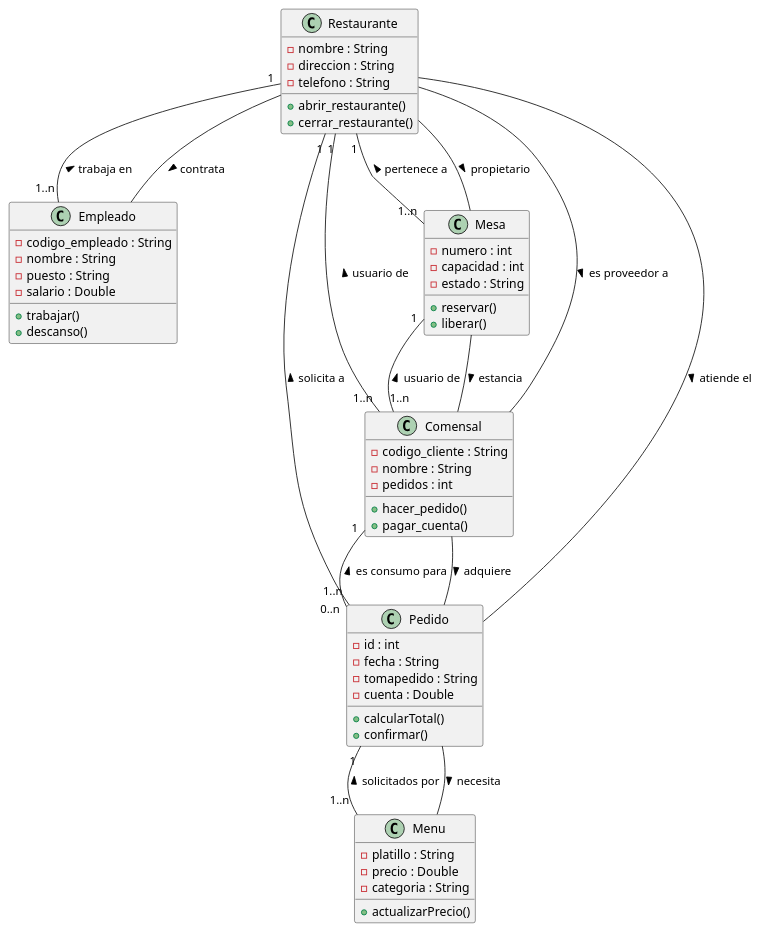
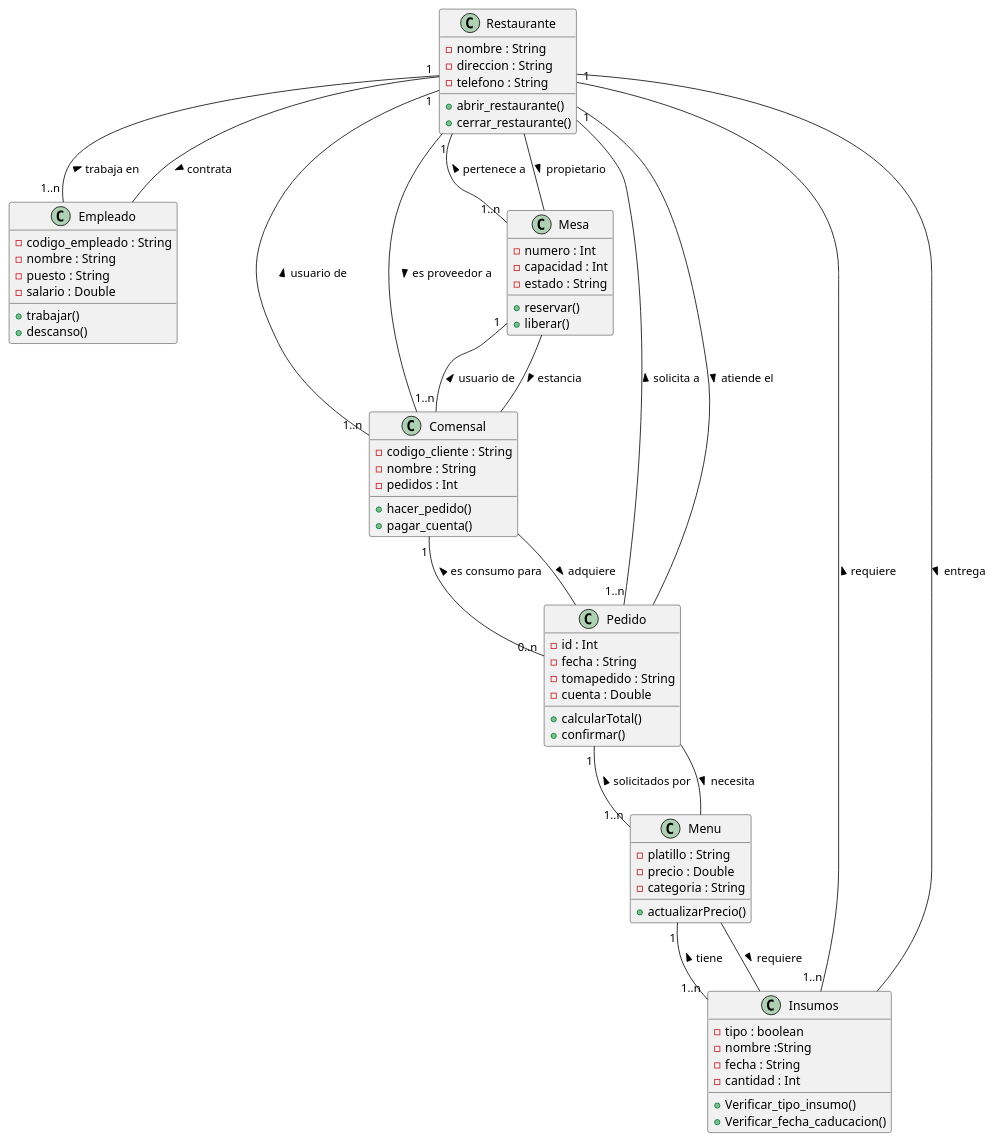
Before and after one commit to Pachakochter/Actividad-3-y-4: the diagram in src/sistema/restaurante/Restaurant.puml, drawn with PlantUML.

```diff
--- a/src/sistema/restaurante/Restaurant.puml
+++ b/src/sistema/restaurante/Restaurant.puml
@@ -1,73 +1,88 @@
 @startuml
 class Restaurante{
     - nombre : String
     - direccion : String
     - telefono : String
 
     + abrir_restaurante()
     + cerrar_restaurante()
     
 }
 class Empleado{
     - codigo_empleado : String
     - nombre : String
     - puesto : String
     - salario : Double
 
     + trabajar()
     + descanso()
 }
 class Comensal{
     - codigo_cliente : String
     - nombre : String
-    - pedidos : int
+    - pedidos : Int
 
     + hacer_pedido()
     + pagar_cuenta()
 }
 class  Pedido{
-    - id : int
+    - id : Int
     - fecha : String
     - tomapedido : String
     - cuenta : Double
 
     + calcularTotal()
     + confirmar()
 }
 class Menu{
     - platillo : String
     - precio : Double
     - categoria : String
 
     + actualizarPrecio()
 }
+class Insumos{
+    - tipo : boolean
+    - nombre :String
+    - fecha : String
+    - cantidad : Int
+
+    + Verificar_tipo_insumo()
+    + Verificar_fecha_caducacion()
+}
 class Mesa{
-    - numero : int
-    - capacidad : int
+    - numero : Int
+    - capacidad : Int
     - estado : String
 
     + reservar()
     + liberar()
 }
 
 Restaurante"1" -- "1..n" Empleado: trabaja en <
 Restaurante -- Empleado: contrata >
 
 Restaurante"1" -- "1..n" Comensal: usuario de <
 Restaurante -- Comensal: es proveedor a >
 
 Restaurante"1" -- "1..n" Mesa: pertenece a <
 Restaurante -- Mesa: propietario >
 
 Restaurante"1" -- "1..n" Pedido: solicita a <
 Restaurante -- Pedido: atiende el >
 
+Restaurante"1" -- "1..n" Insumos: requiere <
+Restaurante -- Insumos: entrega >
+
 Pedido"1" -- "1..n" Menu: solicitados por <
 Pedido --  Menu: necesita >
+
+Menu "1" -- "1..n" Insumos: tiene <
+Menu -- Insumos: requiere >
 
 Comensal"1" -- "0..n" Pedido: es consumo para <
 Comensal --  Pedido: adquiere >
 
 Mesa"1" -- "1..n" Comensal: usuario de <
 Mesa -- Comensal: estancia >
 @enduml
```
